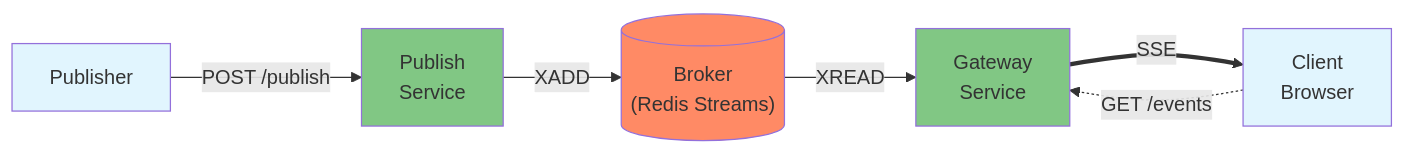
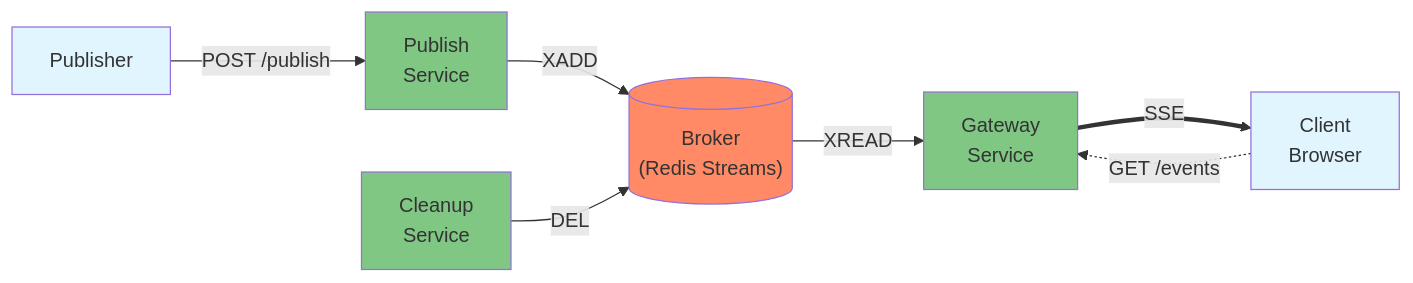
The diagram in README.md (getsentry/conduit), drawn with Mermaid before and after one commit.

Commit message:
ref(readme): Update diagram to include cleanup service (#57)

````diff
--- a/README.md
+++ b/README.md
@@ -16,14 +16,16 @@
 ```mermaid
 graph LR
     P[Publisher] --> |POST /publish| PS[Publish<br/>Service]
     PS --> |XADD| R[("Broker<br/>(Redis Streams)")]
     R --> |XREAD| GW[Gateway<br/>Service]
     C[Client<br/>Browser] -.-> |GET /events| GW
     GW ==> |SSE| C[Client<br/>Browser]
+    CS[Cleanup<br/>Service] --> |DEL| R
 
 style P fill:#e1f5fe
 style PS fill:#81c784
 style R fill:#ff8a65
 style GW fill:#81c784
 style C fill:#e1f5fe
+style CS fill:#81c784
 ```
````
